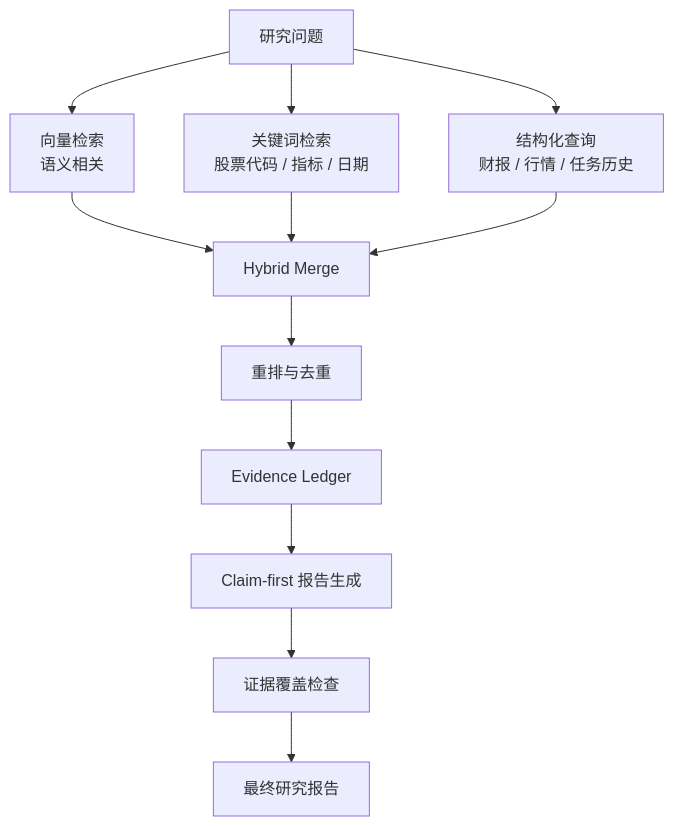
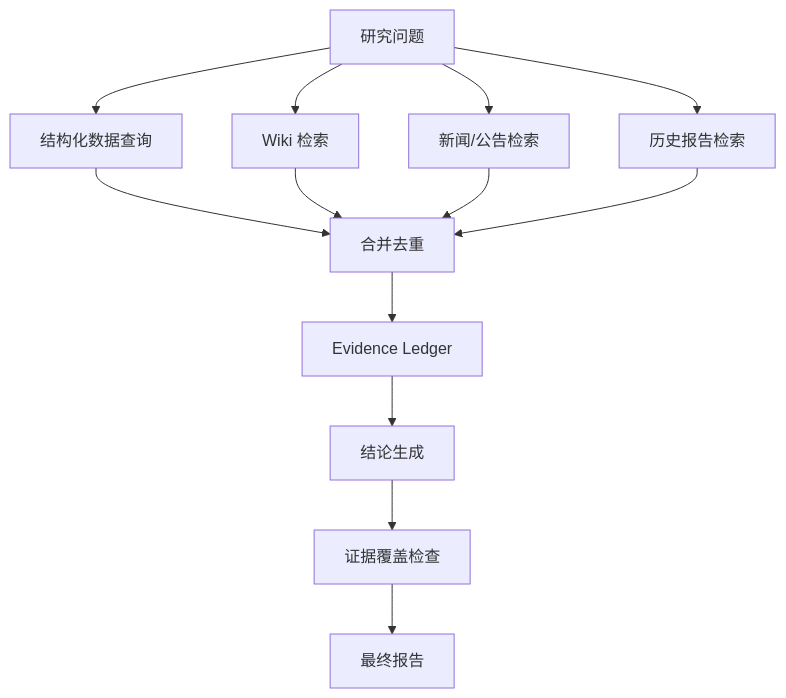
One commit to ljt-sss/A_stock_analysis_agent changed the seventh of 9 diagrams in README.md. Above: the diagram before and after it, drawn with Mermaid. The commit also changed other lines of this file and 47 other files, not shown here.

````diff
--- a/README.md
+++ b/README.md
@@ -283,15 +268,16 @@
 ```mermaid
 flowchart TB
-    Q["研究问题"] --> R1["向量检索<br/>语义相关"]
-    Q --> R2["关键词检索<br/>股票代码 / 指标 / 日期"]
-    Q --> R3["结构化查询<br/>财报 / 行情 / 任务历史"]
+    Query["研究问题"] --> R1["结构化数据查询"]
+    Query --> R2["Wiki 检索"]
+    Query --> R3["新闻/公告检索"]
+    Query --> R4["历史报告检索"]
 
-    R1 --> Merge["Hybrid Merge"]
+    R1 --> Merge["合并去重"]
     R2 --> Merge
     R3 --> Merge
-    Merge --> Rank["重排与去重"]
-    Rank --> Ledger["Evidence Ledger"]
-    Ledger --> Claim["Claim-first 报告生成"]
-    Claim --> Verify["证据覆盖检查"]
-    Verify --> Report["最终研究报告"]
+    R4 --> Merge
+    Merge --> Ledger["Evidence Ledger"]
+    Ledger --> Claim["结论生成"]
+    Claim --> Coverage["证据覆盖检查"]
+    Coverage --> Report["最终报告"]
 ```
````
